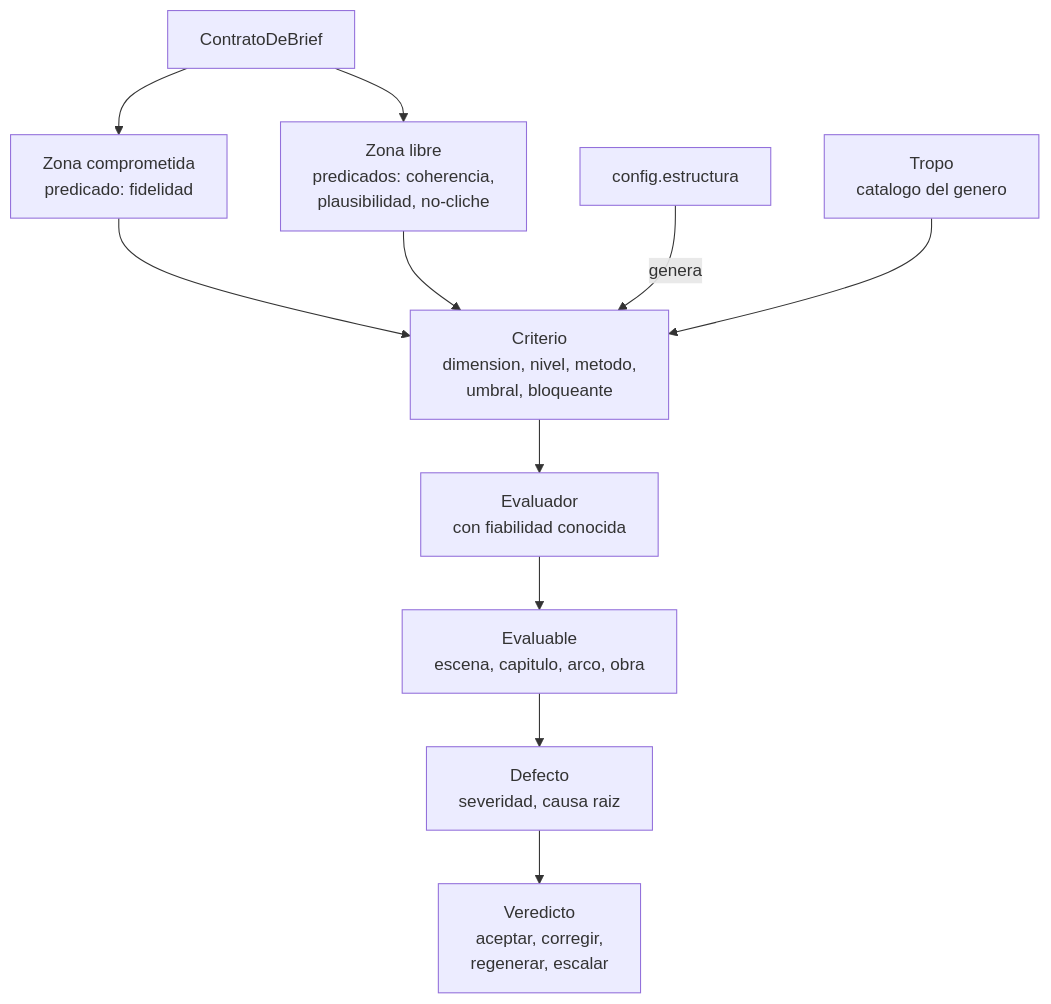
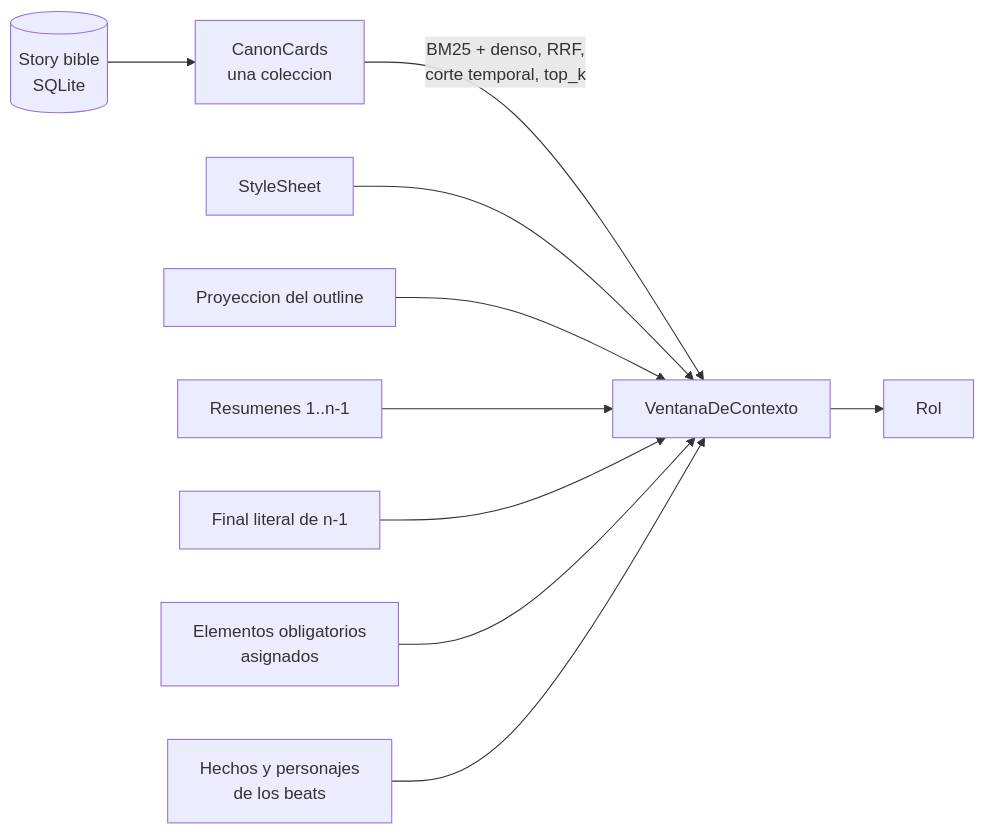
The third of 10 diagrams in docs/architecture.md (JNico-rb/story-maker), drawn with Mermaid before and after one commit. The commit also changed other lines of this file and 91 other files, not shown here.

````diff
--- a/docs/architecture.md
+++ b/docs/architecture.md
@@ -330,18 +260,12 @@
 ```mermaid
-graph TD
-    CB[ContratoDeBrief] --> ZC[Zona comprometida<br/>predicado: fidelidad]
-    CB --> ZL[Zona libre<br/>predicados: coherencia,<br/>plausibilidad, no-cliche]
-
-    ZC --> CRIT
-    ZL --> CRIT
-    CFG[config.estructura] -->|genera| CRIT
-
-    CRIT[Criterio<br/>dimension, nivel, metodo,<br/>umbral, bloqueante]
-
-    CRIT --> EV[Evaluador<br/>con fiabilidad conocida]
-    EV --> EVAL[Evaluable<br/>escena, capitulo, arco, obra]
-    EVAL --> DEF[Defecto<br/>severidad, causa raiz]
-    DEF --> VER[Veredicto<br/>aceptar, corregir,<br/>regenerar, escalar]
-
-    TRO[Tropo<br/>catalogo del genero] --> CRIT
+graph LR
+    SB[(Story bible<br/>SQLite)] --> CC[CanonCards<br/>una coleccion]
+    CC -->|BM25 + denso, RRF,<br/>corte temporal, top_k| VC
+    SS[StyleSheet] --> VC
+    PO[Proyeccion del outline] --> VC
+    RS[Resumenes 1..n-1] --> VC
+    FIN[Final literal de n-1] --> VC
+    OBL[Elementos obligatorios<br/>asignados] --> VC
+    HB[Hechos y personajes<br/>de los beats] --> VC
+    VC[VentanaDeContexto] --> ROL[Rol]
 ```
````
